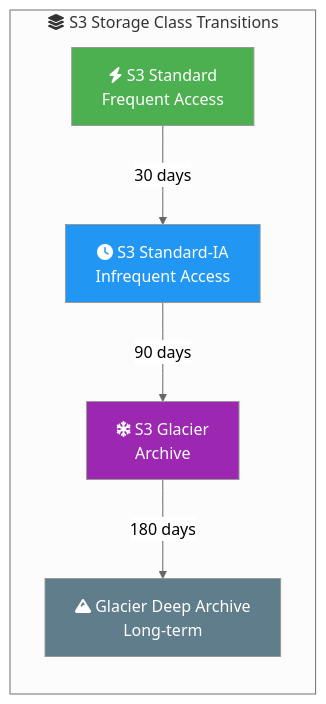
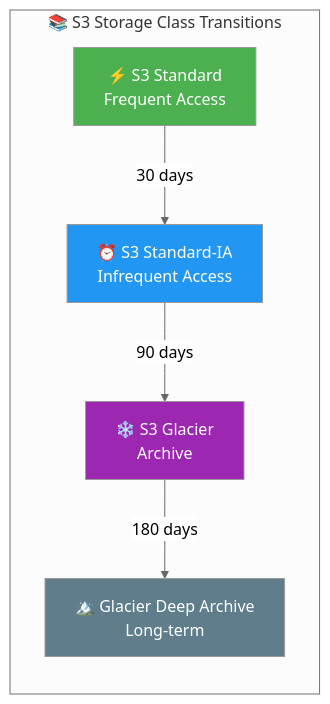
Before and after one commit to vinu76jsr/aws-sample-projects: the second of 3 diagrams in aws-ml-associate-prep/02-s3-data-lake/LAB.md, drawn with Mermaid (neutral theme). The commit also changed other lines of this file and 15 other files, not shown here.

First line of the commit message:
docs(ml-labs): Replace emoji shortcodes with Unicode emojis in Mermaid diagrams

````diff
--- a/aws-ml-associate-prep/02-s3-data-lake/LAB.md
+++ b/aws-ml-associate-prep/02-s3-data-lake/LAB.md
@@ -52,18 +52,18 @@
 ```mermaid
 flowchart LR
-    subgraph StorageClasses["fa:fa-layer-group S3 Storage Class Transitions"]
-        Standard[fa:fa-bolt S3 Standard<br/>Frequent Access]
-        IA[fa:fa-clock S3 Standard-IA<br/>Infrequent Access]
-        Glacier[fa:fa-snowflake S3 Glacier<br/>Archive]
-        Deep[fa:fa-mountain Glacier Deep Archive<br/>Long-term]
+    subgraph StorageClasses["📚 S3 Storage Class Transitions"]
+        Standard[⚡ S3 Standard<br/>Frequent Access]
+        IA[⏰ S3 Standard-IA<br/>Infrequent Access]
+        Glacier[❄️ S3 Glacier<br/>Archive]
+        Deep[🏔️ Glacier Deep Archive<br/>Long-term]
     end
 
     Standard --> |30 days| IA
     IA --> |90 days| Glacier
     Glacier --> |180 days| Deep
 
     style Standard fill:#4caf50,color:#fff
     style IA fill:#2196f3,color:#fff
     style Glacier fill:#9c27b0,color:#fff
     style Deep fill:#607d8b,color:#fff
 ```
````
